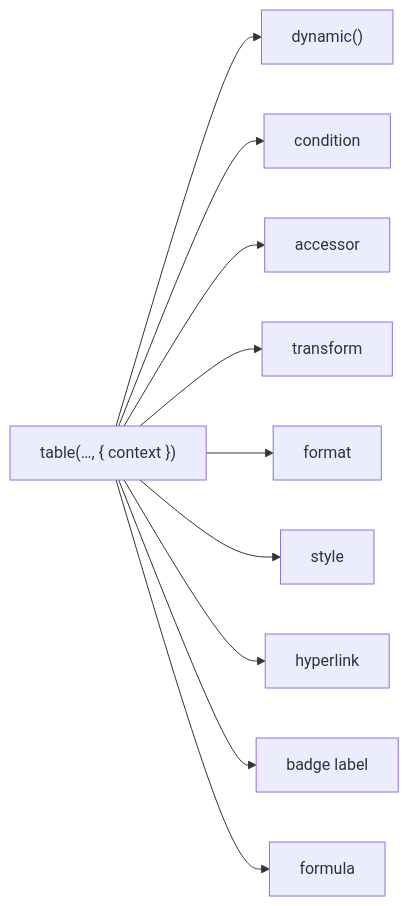
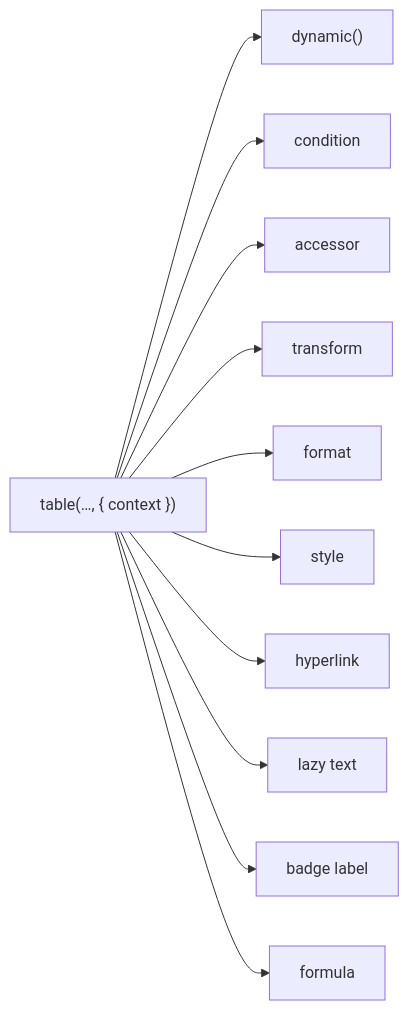
The diagram in apps/docs/content/02.core-concepts/2.schema-context.md (ChronicStone/typed-xlsx), drawn with Mermaid before and after one commit. The commit also changed other lines of this file and 22 other files, not shown here.

Commit message:
feat(core): resolve lazy text from schema context

````diff
--- a/apps/docs/content/02.core-concepts/2.schema-context.md
+++ b/apps/docs/content/02.core-concepts/2.schema-context.md
@@ -26,13 +26,14 @@
 ```mermaid
 flowchart LR
   T["table(…, { context })"]
   T --> D["dynamic()"]
   T --> C["condition"]
   T --> A["accessor"]
   T --> TR["transform"]
   T --> F["format"]
   T --> S["style"]
   T --> H["hyperlink"]
+  T --> TX["lazy text"]
   T --> B["badge label"]
   T --> FX["formula"]
 ```
````
